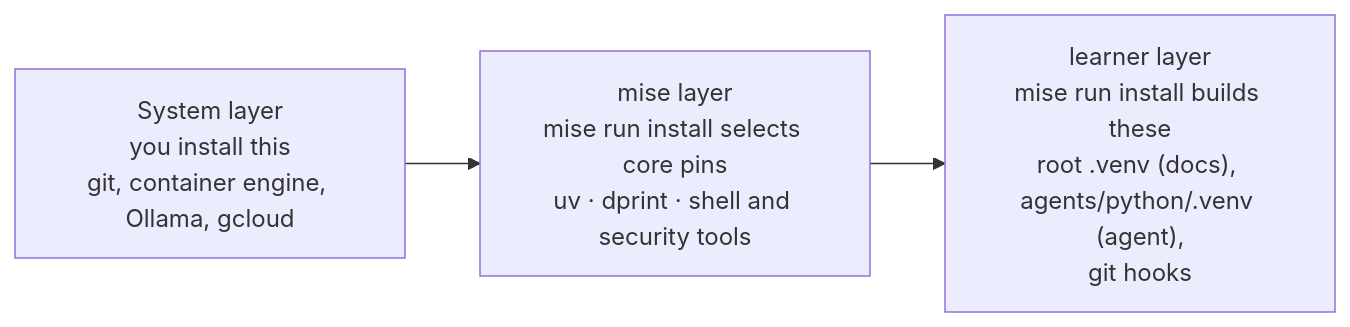
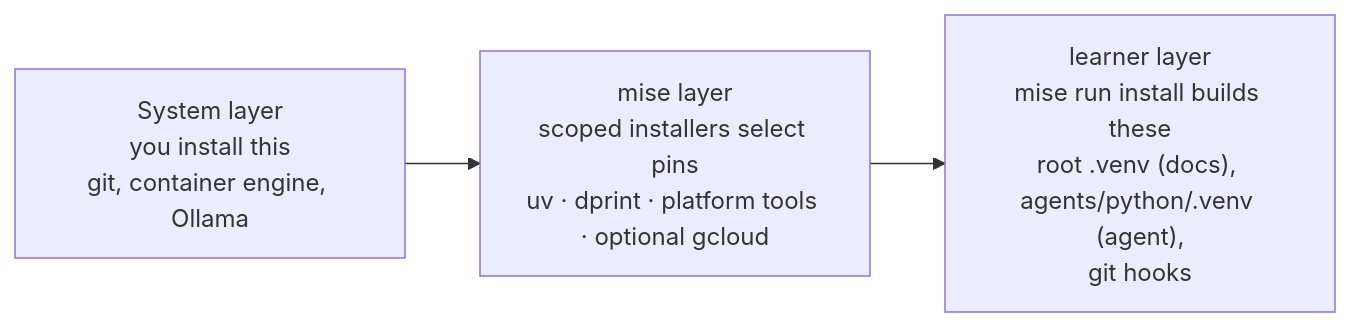
Before and after one commit to LuiGGi629/agentops-open-course: the first of 2 diagrams in docs/1. Setup/1.0. System.md, drawn with Mermaid. The commit also changed other lines of this file and 160 other files, not shown here.

````diff
--- a/docs/1. Setup/1.0. System.md
+++ b/docs/1. Setup/1.0. System.md
@@ -67,7 +67,7 @@
 ```mermaid
 flowchart LR
-    A["System layer<br/>you install this<br/>git, container engine, Ollama, gcloud"]
-    B["mise layer<br/>mise run install selects core pins<br/>uv · dprint · shell and security tools"]
+    A["System layer<br/>you install this<br/>git, container engine, Ollama"]
+    B["mise layer<br/>scoped installers select pins<br/>uv · dprint · platform tools · optional gcloud"]
     C["learner layer<br/>mise run install builds these<br/>root .venv (docs), agents/python/.venv (agent),<br/>git hooks"]
     A --> B --> C
 ```
````
